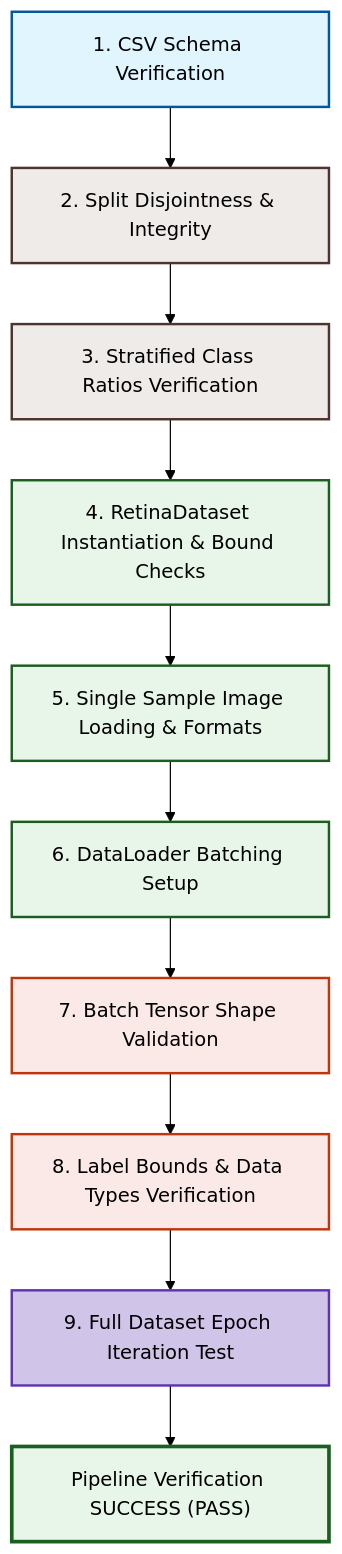
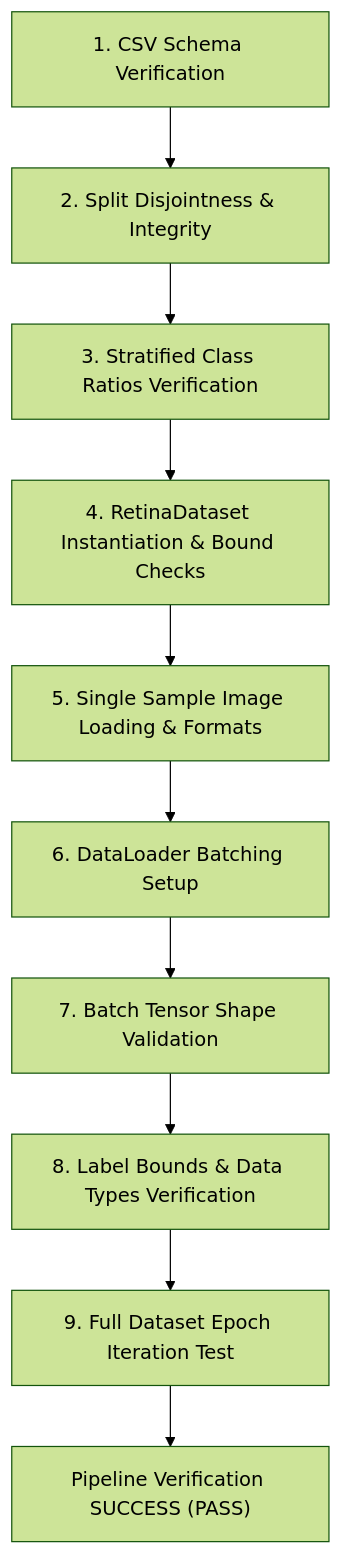
Before and after one commit to Dr-Venom29/FusionMedAI: the diagram in research/Volume_02_Data_Pipeline/06_Pipeline_Verification.md, drawn with Mermaid (forest theme). The commit also changed 4 other files, not shown here.

Commit message:
docs: remove custom color styles from Mermaid flowcharts in Volume 2 chapters

````diff
--- a/research/Volume_02_Data_Pipeline/06_Pipeline_Verification.md
+++ b/research/Volume_02_Data_Pipeline/06_Pipeline_Verification.md
@@ -17,23 +17,12 @@
 ```mermaid
 graph TD
     CSV["1. CSV Schema Verification"] --> Splits["2. Split Disjointness & Integrity"]
     Splits --> Ratios["3. Stratified Class Ratios Verification"]
     Ratios --> Dataset["4. RetinaDataset Instantiation & Bound Checks"]
     Dataset --> LoadImg["5. Single Sample Image Loading & Formats"]
     LoadImg --> Dataloader["6. DataLoader Batching Setup"]
     Dataloader --> BatchShape["7. Batch Tensor Shape Validation"]
     BatchShape --> Labels["8. Label Bounds & Data Types Verification"]
     Labels --> FullIter["9. Full Dataset Epoch Iteration Test"]
     FullIter --> PASS["Pipeline Verification SUCCESS (PASS)"]
-    
-    style CSV fill:#e1f5fe,stroke:#01579b,stroke-width:2px;
-    style Splits fill:#efebe9,stroke:#4e342e,stroke-width:2px;
-    style Ratios fill:#efebe9,stroke:#4e342e,stroke-width:2px;
-    style Dataset fill:#e8f5e9,stroke:#1b5e20,stroke-width:2px;
-    style LoadImg fill:#e8f5e9,stroke:#1b5e20,stroke-width:2px;
-    style Dataloader fill:#e8f5e9,stroke:#1b5e20,stroke-width:2px;
-    style BatchShape fill:#fbe9e7,stroke:#bf360c,stroke-width:2px;
-    style Labels fill:#fbe9e7,stroke:#bf360c,stroke-width:2px;
-    style FullIter fill:#d1c4e9,stroke:#5e35b1,stroke-width:2px;
-    style PASS fill:#e8f5e9,stroke:#1b5e20,stroke-width:3px;
 ```
````
